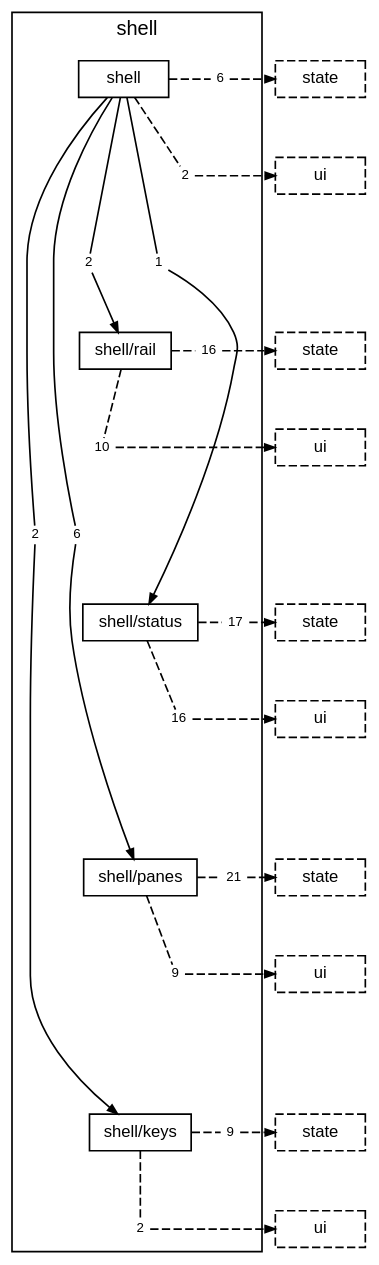
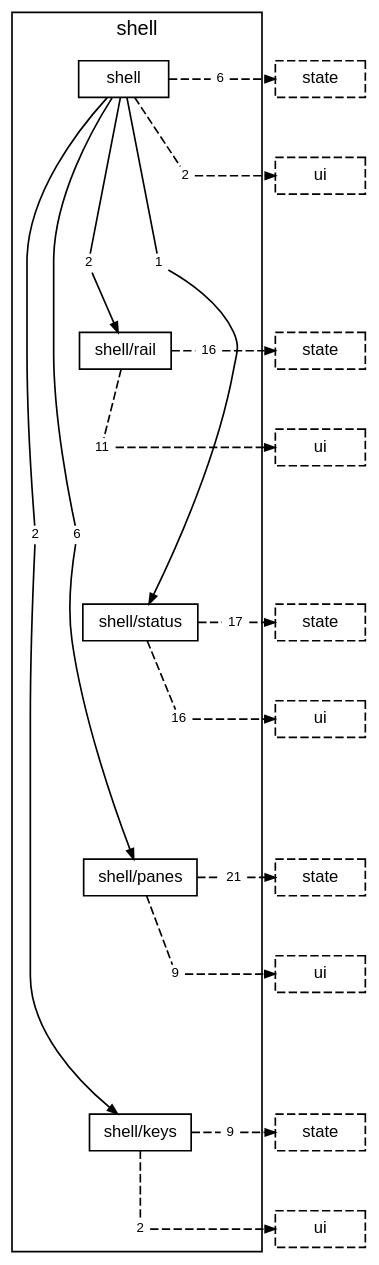
One commit to TheAxeC/oculus changed the diagram in docs/diagrams/layer-shell.dot. Above: the diagram before and after it, drawn with Graphviz. The commit also changed 102 other files, not shown here.

```diff
--- a/docs/diagrams/layer-shell.dot
+++ b/docs/diagrams/layer-shell.dot
@@ -1,79 +1,79 @@
 digraph layer_shell {
     graph [bgcolor="transparent", rankdir=TB, newrank=true, fontname="Helvetica,Arial,sans-serif", fontsize=12, nodesep=0.2, ranksep=0.5];
     node [shape=box, color="black", fontcolor="black", fontname="Helvetica,Arial,sans-serif", fontsize=10, height=0.3, margin="0.12,0.04"];
     edge [color="black", fontcolor="black", fontname="Helvetica,Arial,sans-serif", fontsize=8, arrowsize=0.6];
     subgraph "cluster_shell" {
         label="shell"; style=solid;
         "folder shell" [label="shell"];
         "folder shell/rail" [label="shell/rail"];
         "folder shell/status" [label="shell/status"];
         "folder shell/panes" [label="shell/panes"];
         "folder shell/keys" [label="shell/keys"];
         "folder shell to folder shell/keys" [label="2", shape=box, color="transparent", fontsize=8, width=0, height=0, margin="0.04,0.02"];
         "folder shell to folder shell/panes" [label="6", shape=box, color="transparent", fontsize=8, width=0, height=0, margin="0.04,0.02"];
         "folder shell to folder shell/rail" [label="2", shape=box, color="transparent", fontsize=8, width=0, height=0, margin="0.04,0.02"];
         "folder shell to folder shell/status" [label="1", shape=box, color="transparent", fontsize=8, width=0, height=0, margin="0.04,0.02"];
         "folder shell to layer state" [label="6", shape=box, color="transparent", fontsize=8, width=0, height=0, margin="0.04,0.02"];
         "folder shell to layer ui" [label="2", shape=box, color="transparent", fontsize=8, width=0, height=0, margin="0.04,0.02"];
         "folder shell/rail to layer state" [label="16", shape=box, color="transparent", fontsize=8, width=0, height=0, margin="0.04,0.02"];
-        "folder shell/rail to layer ui" [label="10", shape=box, color="transparent", fontsize=8, width=0, height=0, margin="0.04,0.02"];
+        "folder shell/rail to layer ui" [label="11", shape=box, color="transparent", fontsize=8, width=0, height=0, margin="0.04,0.02"];
         "folder shell/status to layer state" [label="17", shape=box, color="transparent", fontsize=8, width=0, height=0, margin="0.04,0.02"];
         "folder shell/status to layer ui" [label="16", shape=box, color="transparent", fontsize=8, width=0, height=0, margin="0.04,0.02"];
         "folder shell/panes to layer state" [label="21", shape=box, color="transparent", fontsize=8, width=0, height=0, margin="0.04,0.02"];
         "folder shell/panes to layer ui" [label="9", shape=box, color="transparent", fontsize=8, width=0, height=0, margin="0.04,0.02"];
         "folder shell/keys to layer state" [label="9", shape=box, color="transparent", fontsize=8, width=0, height=0, margin="0.04,0.02"];
         "folder shell/keys to layer ui" [label="2", shape=box, color="transparent", fontsize=8, width=0, height=0, margin="0.04,0.02"];
     }
     "layer state from folder shell" [label="state", style=dashed];
     "layer ui from folder shell" [label="ui", style=dashed];
     "layer state from folder shell/rail" [label="state", style=dashed];
     "layer ui from folder shell/rail" [label="ui", style=dashed];
     "layer state from folder shell/status" [label="state", style=dashed];
     "layer ui from folder shell/status" [label="ui", style=dashed];
     "layer state from folder shell/panes" [label="state", style=dashed];
     "layer ui from folder shell/panes" [label="ui", style=dashed];
     "layer state from folder shell/keys" [label="state", style=dashed];
     "layer ui from folder shell/keys" [label="ui", style=dashed];
     "folder shell" -> "folder shell/rail" [style=invis, weight=10, minlen=3];
     "folder shell/rail" -> "folder shell/status" [style=invis, weight=10, minlen=3];
     "folder shell/status" -> "folder shell/panes" [style=invis, weight=10, minlen=3];
     "folder shell/panes" -> "folder shell/keys" [style=invis, weight=10, minlen=3];
     "folder shell" -> "folder shell to folder shell/keys" [arrowhead=none, minlen=5, weight=10];
     "folder shell to folder shell/keys" -> "folder shell/keys" [];
     "folder shell" -> "folder shell to folder shell/panes" [arrowhead=none, minlen=5, weight=10];
     "folder shell to folder shell/panes" -> "folder shell/panes" [];
     "folder shell" -> "folder shell to folder shell/rail" [arrowhead=none, minlen=2, weight=10];
     "folder shell to folder shell/rail" -> "folder shell/rail" [];
     "folder shell" -> "folder shell to folder shell/status" [arrowhead=none, minlen=2, weight=10];
     "folder shell to folder shell/status" -> "folder shell/status" [];
     "folder shell" -> "folder shell to layer state" [arrowhead=none, style=dashed];
     "folder shell to layer state" -> "layer state from folder shell" [style=dashed];
     { rank=same; "folder shell"; "folder shell to layer state"; "layer state from folder shell"; }
     "folder shell" -> "folder shell to layer ui" [arrowhead=none, style=dashed, minlen=1, weight=10];
     "folder shell to layer ui" -> "layer ui from folder shell" [style=dashed];
     { rank=same; "folder shell to layer ui"; "layer ui from folder shell"; }
     "folder shell/rail" -> "folder shell/rail to layer state" [arrowhead=none, style=dashed];
     "folder shell/rail to layer state" -> "layer state from folder shell/rail" [style=dashed];
     { rank=same; "folder shell/rail"; "folder shell/rail to layer state"; "layer state from folder shell/rail"; }
     "folder shell/rail" -> "folder shell/rail to layer ui" [arrowhead=none, style=dashed, minlen=1, weight=10];
     "folder shell/rail to layer ui" -> "layer ui from folder shell/rail" [style=dashed];
     { rank=same; "folder shell/rail to layer ui"; "layer ui from folder shell/rail"; }
     "folder shell/status" -> "folder shell/status to layer state" [arrowhead=none, style=dashed];
     "folder shell/status to layer state" -> "layer state from folder shell/status" [style=dashed];
     { rank=same; "folder shell/status"; "folder shell/status to layer state"; "layer state from folder shell/status"; }
     "folder shell/status" -> "folder shell/status to layer ui" [arrowhead=none, style=dashed, minlen=1, weight=10];
     "folder shell/status to layer ui" -> "layer ui from folder shell/status" [style=dashed];
     { rank=same; "folder shell/status to layer ui"; "layer ui from folder shell/status"; }
     "folder shell/panes" -> "folder shell/panes to layer state" [arrowhead=none, style=dashed];
     "folder shell/panes to layer state" -> "layer state from folder shell/panes" [style=dashed];
     { rank=same; "folder shell/panes"; "folder shell/panes to layer state"; "layer state from folder shell/panes"; }
     "folder shell/panes" -> "folder shell/panes to layer ui" [arrowhead=none, style=dashed, minlen=1, weight=10];
     "folder shell/panes to layer ui" -> "layer ui from folder shell/panes" [style=dashed];
     { rank=same; "folder shell/panes to layer ui"; "layer ui from folder shell/panes"; }
     "folder shell/keys" -> "folder shell/keys to layer state" [arrowhead=none, style=dashed];
     "folder shell/keys to layer state" -> "layer state from folder shell/keys" [style=dashed];
     { rank=same; "folder shell/keys"; "folder shell/keys to layer state"; "layer state from folder shell/keys"; }
     "folder shell/keys" -> "folder shell/keys to layer ui" [arrowhead=none, style=dashed, minlen=1, weight=10];
     "folder shell/keys to layer ui" -> "layer ui from folder shell/keys" [style=dashed];
     { rank=same; "folder shell/keys to layer ui"; "layer ui from folder shell/keys"; }
 }
```
